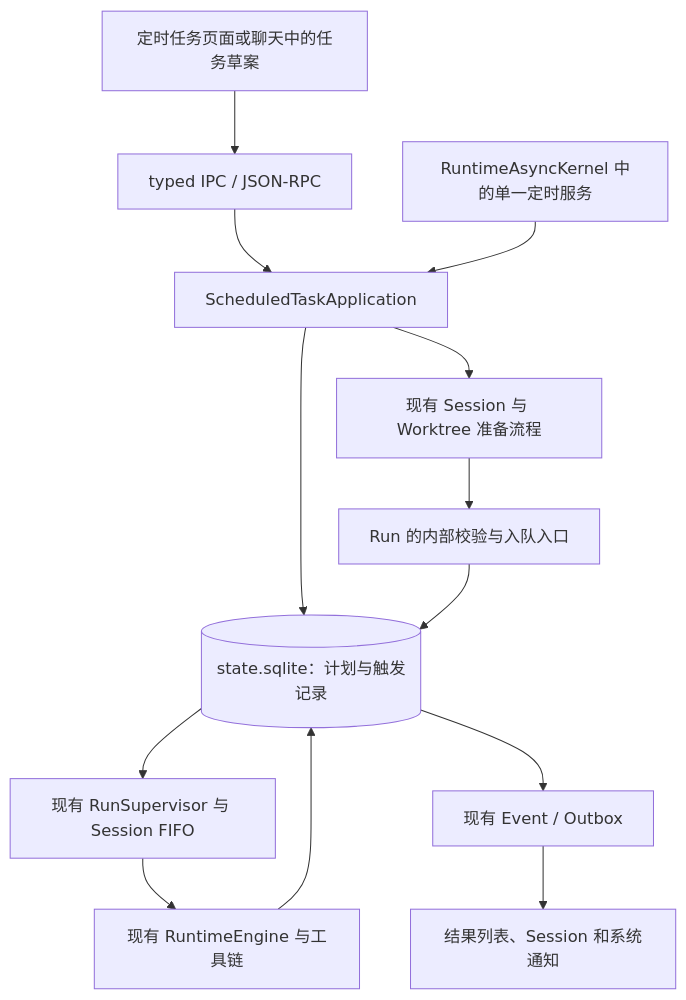
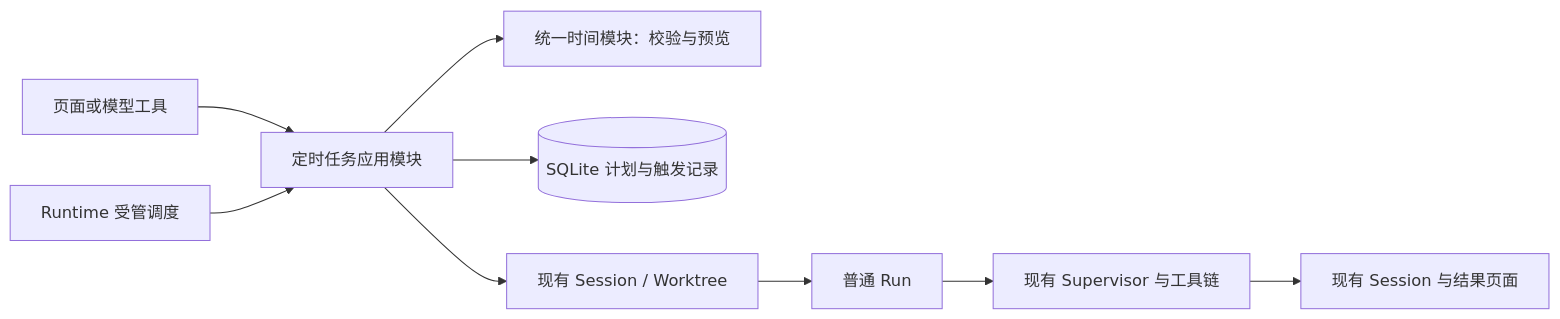
One commit to idy534/Eidos changed the diagram in docs/scheduled-tasks-research-and-design.md. Above: the diagram before and after it, drawn with Mermaid. The commit also changed other lines of this file and 10 other files, not shown here.

````diff
--- a/docs/scheduled-tasks-research-and-design.md
+++ b/docs/scheduled-tasks-research-and-design.md
@@ -131,15 +178,11 @@
 ```mermaid
-flowchart TD
-    UI[定时任务页面或聊天中的任务草案] --> IPC[typed IPC / JSON-RPC]
-    IPC --> APP[ScheduledTaskApplication]
-    APP --> DB[(state.sqlite：计划与触发记录)]
-    TIMER[RuntimeAsyncKernel 中的单一定时服务] --> APP
-    APP --> PREP[现有 Session 与 Worktree 准备流程]
-    PREP --> ADMIT[Run 的内部校验与入队入口]
-    ADMIT --> DB
-    DB --> SUP[现有 RunSupervisor 与 Session FIFO]
-    SUP --> ENGINE[现有 RuntimeEngine 与工具链]
-    ENGINE --> DB
-    DB --> OUTBOX[现有 Event / Outbox]
-    OUTBOX --> DESKTOP[结果列表、Session 和系统通知]
+flowchart LR
+    A[页面或模型工具] --> B[定时任务应用模块]
+    B --> C[统一时间模块：校验与预览]
+    B --> D[(SQLite 计划与触发记录)]
+    E[Runtime 受管调度] --> B
+    B --> F[现有 Session / Worktree]
+    F --> G[普通 Run]
+    G --> H[现有 Supervisor 与工具链]
+    H --> I[现有 Session 与结果页面]
 ```
````
